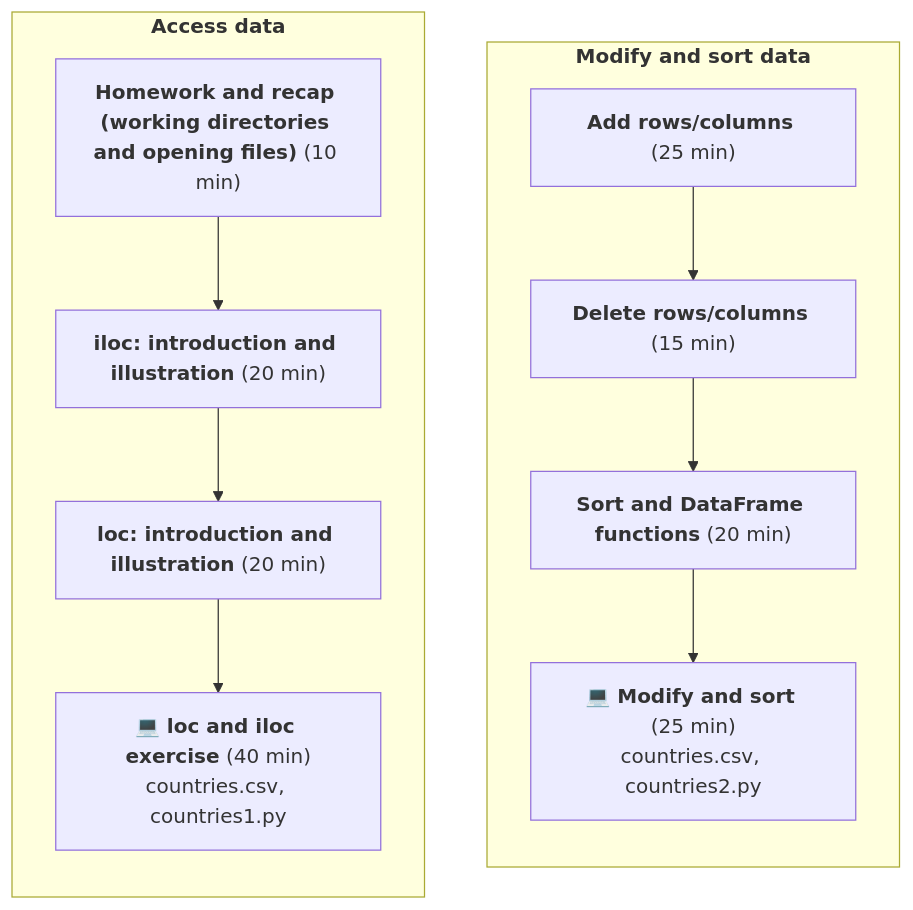
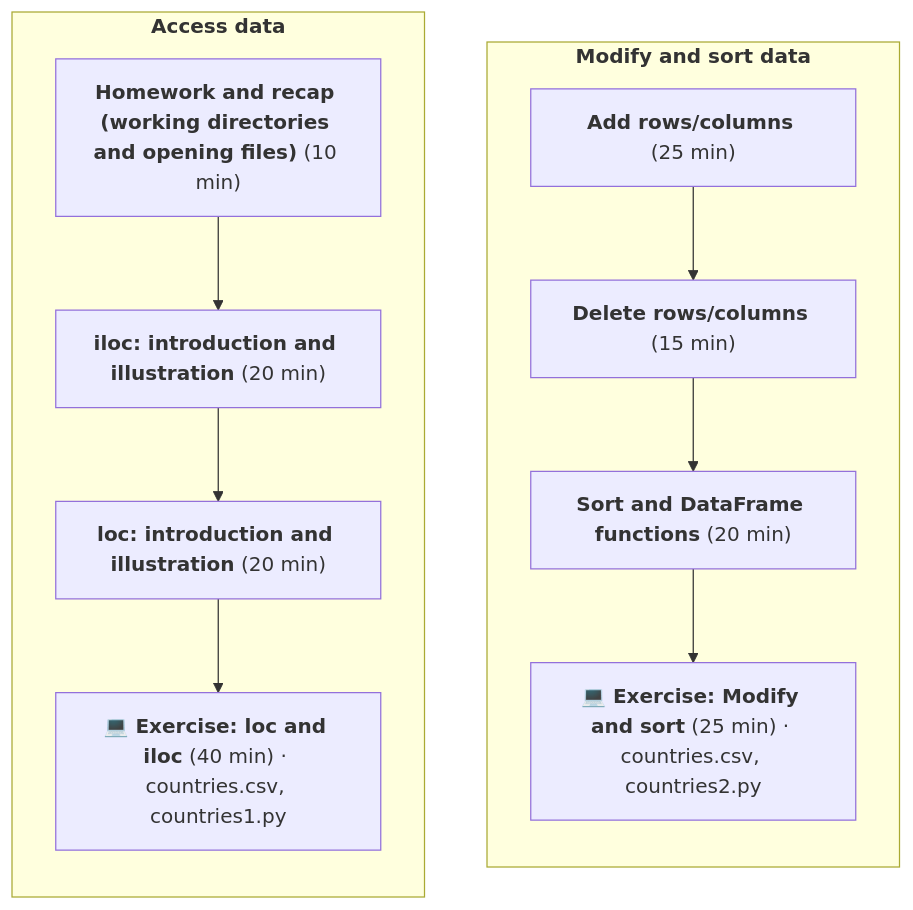
Before and after one commit to fs-ise/introduction-to-programming: the diagram in notes/session_05.qmd, drawn with Mermaid. The commit also changed 10 other files, not shown here.

Commit message:
notes: replace tables with mermaid overview

````diff
--- a/notes/session_05.qmd
+++ b/notes/session_05.qmd
@@ -14,26 +14,26 @@
 ```{mermaid}
-%%| fig-width: 5
+%%| fig-width: 6
 
 flowchart
 
   subgraph RIGHT["<b>Modify and sort data</b>"]
     direction TB
     B1["<b>Add rows/columns</b> (25 min)"]
     B2["<b>Delete rows/columns</b> (15 min)"]
     B3["<b>Sort and DataFrame functions</b> (20 min)"]
-    B4["<b>💻 Modify and sort</b> (25 min)<br/>countries.csv, countries2.py"]
+    B4["<b>💻 Exercise: Modify and sort</b> (25 min) · countries.csv, countries2.py"]
 
     B1 --> B2 --> B3 --> B4
   end
 
   subgraph LEFT["<b>Access data</b>"]
     direction TB
     A1["<b>Homework and recap (working directories and opening files)</b> (10 min)"]
     A2["<b>iloc: introduction and illustration</b> (20 min)"]
     A3["<b>loc: introduction and illustration</b> (20 min)"]
-    A4["<b>💻 loc and iloc exercise</b> (40 min)<br/>countries.csv, countries1.py"]
+    A4["<b>💻 Exercise: loc and iloc</b> (40 min) · countries.csv, countries1.py"]
 
     A1 --> A2 --> A3 --> A4
   end
 
 ```
````
